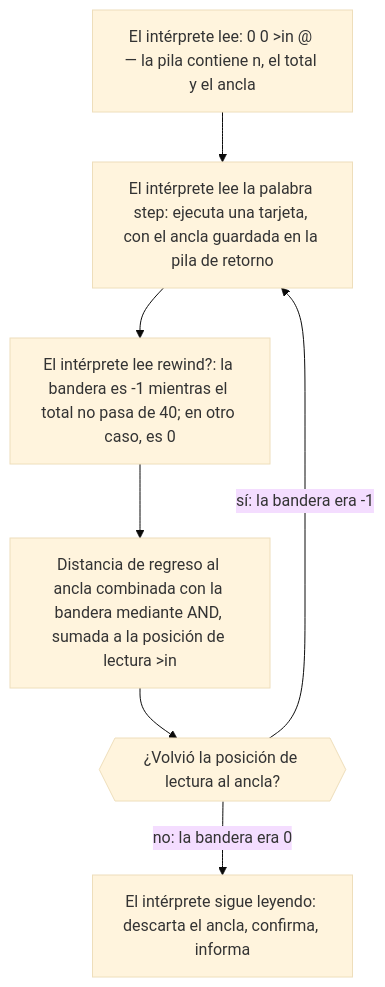
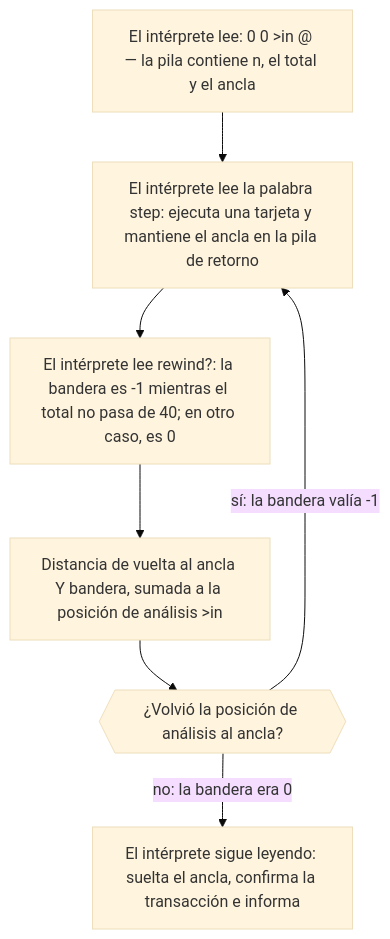
Before and after one commit to dullroar/aprende-a-programar-como-un-bicho-raro: the second of 2 diagrams in lessons/guias-de-estudio/lenguajes/forth.md, drawn with Mermaid (base theme). The commit also changed 6 other files, not shown here.

First line of the commit message:
loop(P5-001): blocked; Forth guide diagram labels synced, regenerated Spanish blocks reverted (I13 conflict)

````diff
--- a/lessons/guias-de-estudio/lenguajes/forth.md
+++ b/lessons/guias-de-estudio/lenguajes/forth.md
@@ -78,11 +78,11 @@
 ```mermaid
 flowchart TD
-    accTitle: forth-weird: el intérprete de texto lee las mismas palabras otra vez
-    accDescr: Un diagrama de flujo. El intérprete de texto de Forth lee una línea: cero cero, luego at-in fetch, luego step, luego rewind-question. Cero cero apila el número de tarjeta y el total. At-in fetch lee la posición de lectura actual y la apila: es el ancla. La palabra step ejecuta una tarjeta con el ancla guardada en la pila de retorno. La palabra rewind-question crea una bandera: menos uno mientras el total no pasa de 40, y cero en caso contrario. Combina la bandera con la distancia hasta el ancla mediante una operación AND y suma el resultado a la posición de lectura. Si la bandera era verdadera, la posición de lectura vuelve al ancla, así que el intérprete lee step otra vez. Si era falsa, la posición de lectura no cambia y el intérprete sigue con drop, commit y report.
-    A["El intérprete lee: 0 0 #gt;in @ — la pila contiene n, el total y el ancla"] --> B["El intérprete lee la palabra step: ejecuta una tarjeta, con el ancla guardada en la pila de retorno"]
+    accTitle: forth-weird: el intérprete de texto vuelve a leer las mismas palabras
+    accDescr: Un diagrama de flujo. El intérprete de texto de Forth lee una línea: cero cero, luego at-in fetch, luego step y luego rewind-question. Cero cero apila el número de tarjeta y el total. At-in fetch apila la posición de análisis, que es el ancla. La palabra step ejecuta una tarjeta con el ancla guardada en la pila de retorno. La palabra rewind-question crea una bandera: menos uno mientras el total no pasa de 40 y cero en cualquier otro caso. Combina la bandera con la distancia de regreso al ancla y suma el resultado a la posición de análisis. Si la bandera era verdadera, la posición de análisis vuelve al ancla y el intérprete lee step otra vez. Si era falsa, la posición de análisis no cambia y el intérprete sigue con drop, commit y report.
+    A["El intérprete lee: 0 0 #gt;in @ — la pila contiene n, el total y el ancla"] --> B["El intérprete lee la palabra step: ejecuta una tarjeta y mantiene el ancla en la pila de retorno"]
     B --> C["El intérprete lee rewind?: la bandera es -1 mientras el total no pasa de 40; en otro caso, es 0"]
-    C --> D["Distancia de regreso al ancla combinada con la bandera mediante AND, sumada a la posición de lectura #gt;in"]
-    D --> E{{"¿Volvió la posición de lectura al ancla?"}}
-    E -->|"sí: la bandera era -1"| B
-    E -->|"no: la bandera era 0"| F["El intérprete sigue leyendo: descarta el ancla, confirma, informa"]
+    C --> D["Distancia de vuelta al ancla Y bandera, sumada a la posición de análisis #gt;in"]
+    D --> E{{"¿Volvió la posición de análisis al ancla?"}}
+    E -->|"sí: la bandera valía -1"| B
+    E -->|"no: la bandera era 0"| F["El intérprete sigue leyendo: suelta el ancla, confirma la transacción e informa"]
 ```
````
